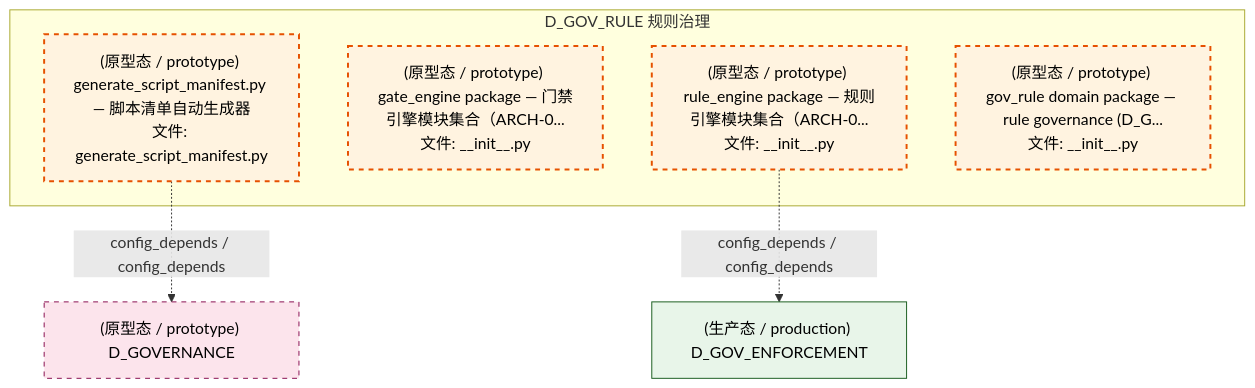
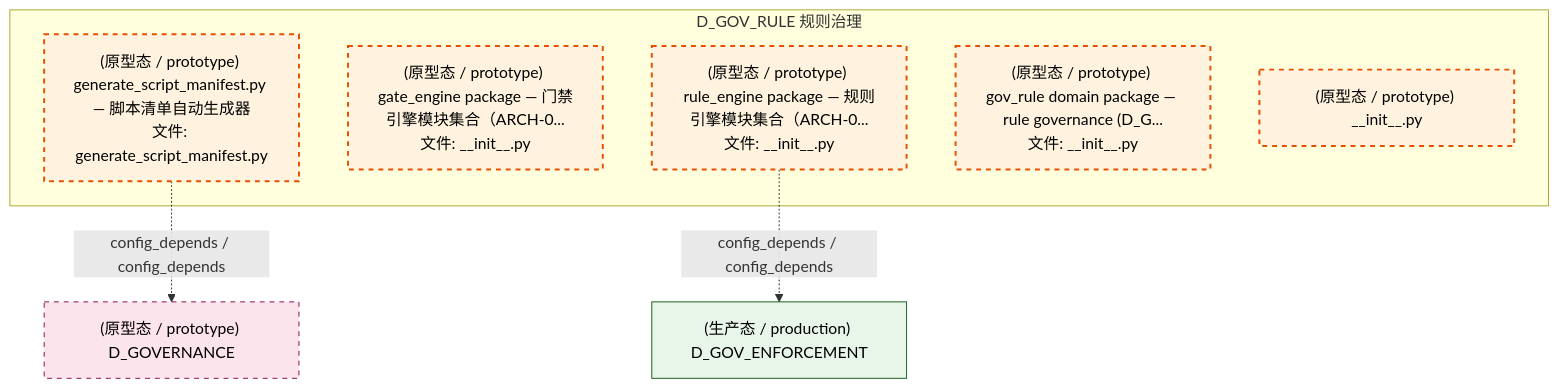
Before and after one commit to xuanFelixVan/ZephyrAlpha: the fourth of 5 diagrams in docs/02_enterprise_architecture/02_domain_architecture_docs/43_d_gov_rule.md, drawn with Mermaid. The commit also changed other lines of this file and 122 other files, not shown here.

````diff
--- a/docs/02_enterprise_architecture/02_domain_architecture_docs/43_d_gov_rule.md
+++ b/docs/02_enterprise_architecture/02_domain_architecture_docs/43_d_gov_rule.md
@@ -345,20 +347,21 @@
 ```mermaid
 graph TD
     subgraph D_GOV_RULE["D_GOV_RULE 规则治理"]
         scripts_governance_generators_generate_script_manifest_py["(原型态 / prototype) generate_script_manifest.py — 脚本清单自动生成器<br/>文件: generate_script_manifest.py"]
         src_zephyr_gov_enforcement_rule_enforcement_gate_engine_init_py["(原型态 / prototype) gate_engine package — 门禁引擎模块集合（ARCH-0...<br/>文件: __init__.py"]
         src_zephyr_gov_enforcement_rule_enforcement_rule_engine_init_py["(原型态 / prototype) rule_engine package — 规则引擎模块集合（ARCH-0...<br/>文件: __init__.py"]
         src_zephyr_gov_rule_init_py["(原型态 / prototype) gov_rule domain package — rule governance (D_G...<br/>文件: __init__.py"]
+        src_zephyr_gov_rule_constitutional_update_init_py["(原型态 / prototype) __init__.py"]
     end
     D_GOV_ENFORCEMENT["(生产态 / production) D_GOV_ENFORCEMENT"]
     src_zephyr_gov_enforcement_rule_enforcement_rule_engine_init_py -.->|config_depends / config_depends| D_GOV_ENFORCEMENT
     D_GOVERNANCE["(原型态 / prototype) D_GOVERNANCE"]
     scripts_governance_generators_generate_script_manifest_py -.->|config_depends / config_depends| D_GOVERNANCE
     classDef production fill:#e1f5fe,stroke:#01579b,stroke-width:2px,color:#000
     classDef design fill:#fff3e0,stroke:#e65100,stroke-width:2px,color:#000,stroke-dasharray: 5 5
     classDef external_prod fill:#e8f5e9,stroke:#1b5e20,stroke-width:1px,color:#000
     classDef external_design fill:#fce4ec,stroke:#880e4f,stroke-width:1px,color:#000,stroke-dasharray: 5 5
-    class scripts_governance_generators_generate_script_manifest_py,src_zephyr_gov_enforcement_rule_enforcement_gate_engine_init_py,src_zephyr_gov_enforcement_rule_enforcement_rule_engine_init_py,src_zephyr_gov_rule_init_py design
+    class scripts_governance_generators_generate_script_manifest_py,src_zephyr_gov_enforcement_rule_enforcement_gate_engine_init_py,src_zephyr_gov_enforcement_rule_enforcement_rule_engine_init_py,src_zephyr_gov_rule_init_py,src_zephyr_gov_rule_constitutional_update_init_py design
     class D_GOV_ENFORCEMENT external_prod
     class D_GOVERNANCE external_design
 ```
````
